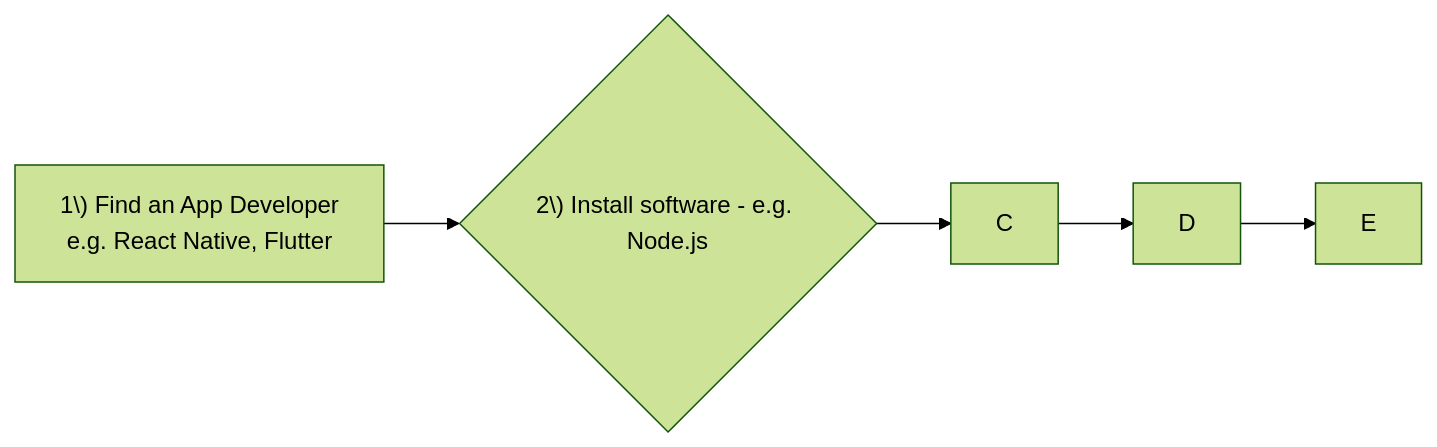
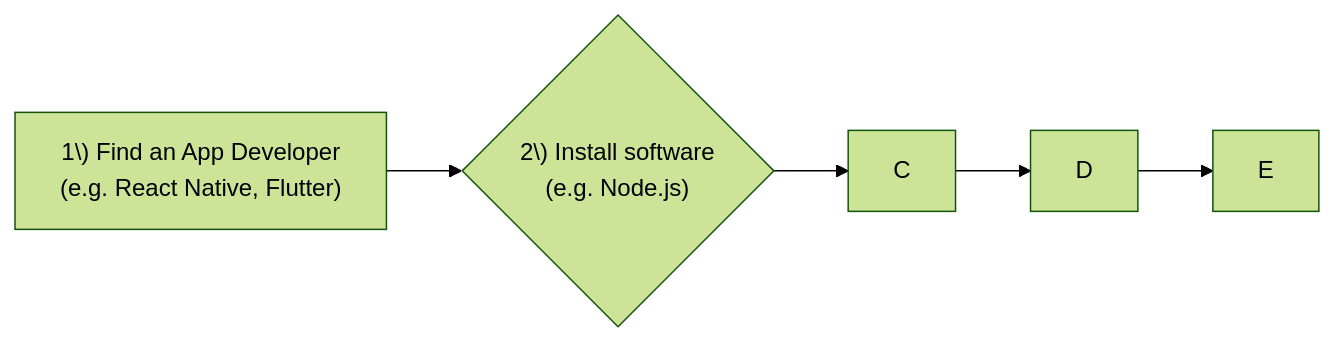
One commit to hmelner/MeshtasticNetworkGuide changed the diagram in CommsAppBuilding&EASGuide.md. Above: the diagram before and after it, drawn with Mermaid (forest theme).

````diff
--- a/CommsAppBuilding&EASGuide.md
+++ b/CommsAppBuilding&EASGuide.md
@@ -3,7 +3,7 @@
 ```mermaid
   graph LR
-  A["1\) Find an App Developer \n e.g. React Native, Flutter"] --> B{"2\) Install software - e.g. Node.js"}
+  A["1\) Find an App Developer \n(e.g. React Native, Flutter)"] --> B{"2\) Install software \n(e.g. Node.js)"}
   B-->C
   C-->D
   D-->E
 ```
````
